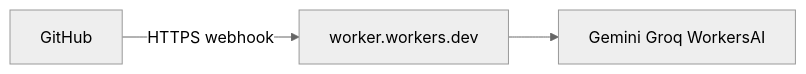
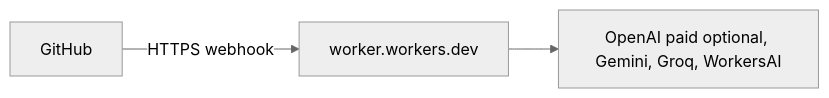
Before and after one commit to vuongj321/roast-my-pr: the third of 4 diagrams in docs/ARCHITECTURE.md, drawn with Mermaid (neutral theme). The commit also changed other lines of this file and 2 other files, not shown here.

First line of the commit message:
docs: document the optional paid provider

````diff
--- a/docs/ARCHITECTURE.md
+++ b/docs/ARCHITECTURE.md
@@ -270,5 +278,5 @@
 ```mermaid
 flowchart LR
   GitHub -->|HTTPS webhook| WorkerURL["worker.workers.dev"]
-  WorkerURL --> LLM[Gemini Groq WorkersAI]
+  WorkerURL --> LLM[OpenAI paid optional, Gemini, Groq, WorkersAI]
 ```
````
